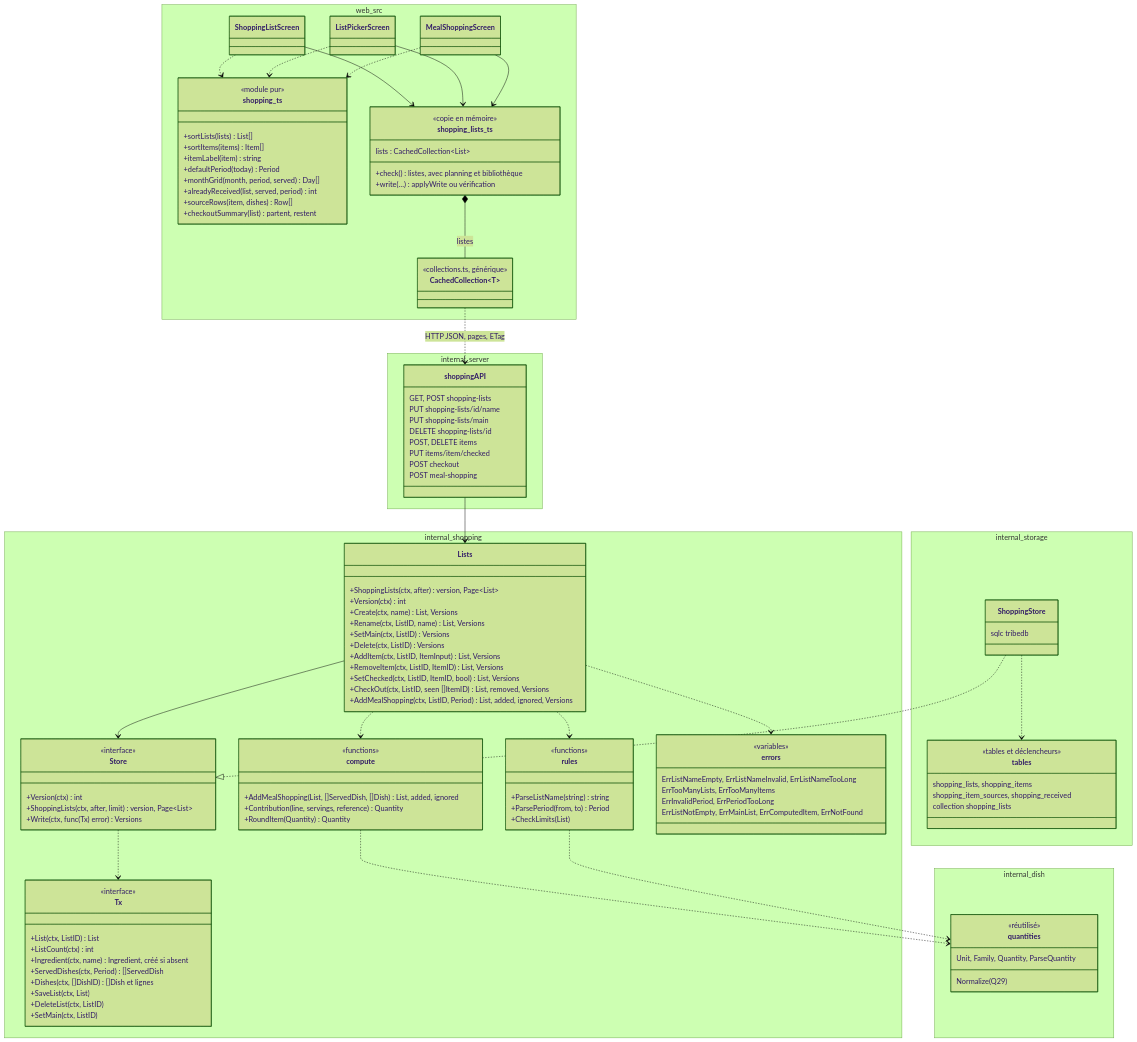
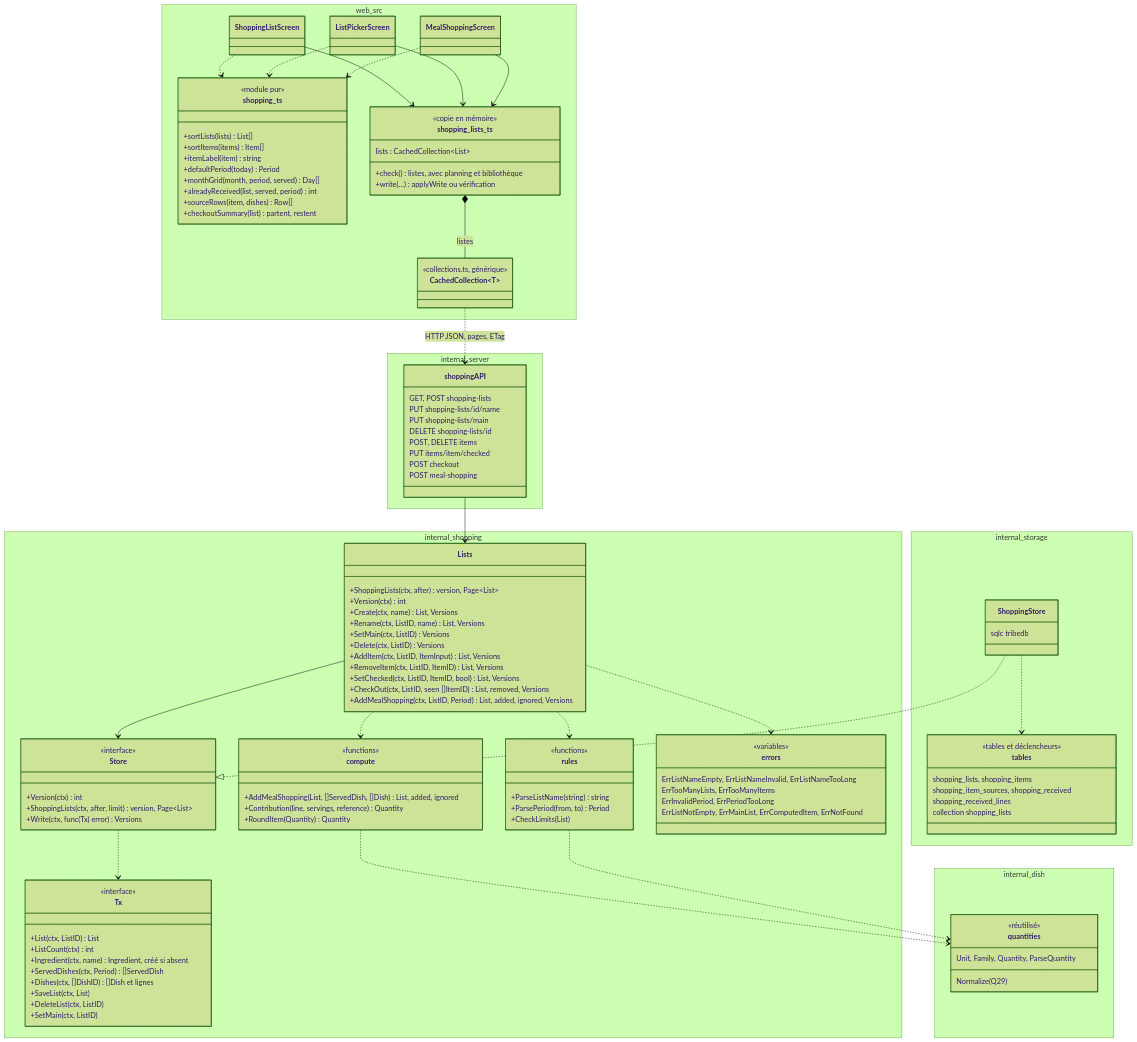
The second of 5 diagrams in docs/conception/listes-de-courses.md (nelt/tribe-menus), drawn with Mermaid (forest theme) before and after one commit. The commit also changed other lines of this file and 2 other files, not shown here.

```diff
--- a/docs/conception/listes-de-courses.md
+++ b/docs/conception/listes-de-courses.md
@@ -165,6 +173,7 @@
             <<tables et déclencheurs>>
             shopping_lists, shopping_items
             shopping_item_sources, shopping_received
+            shopping_received_lines
             collection shopping_lists
         }
     }
```
